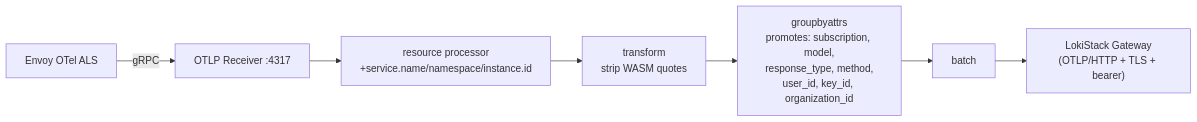
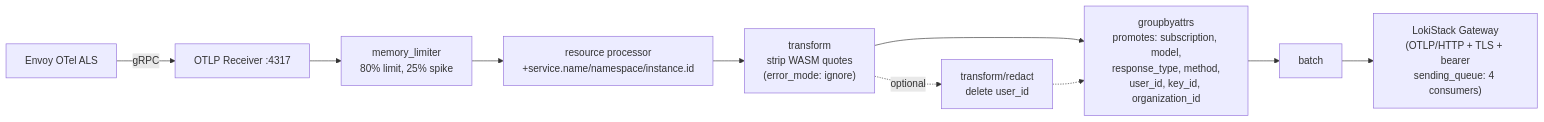
One commit to tgitelman/maas-billing changed the third of 4 diagrams in envoy-otel-structured-logs-plan.md. Above: the diagram before and after it, drawn with Mermaid. The commit also changed other lines of this file and 12 other files, not shown here.

````diff
--- a/envoy-otel-structured-logs-plan.md
+++ b/envoy-otel-structured-logs-plan.md
@@ -121,9 +127,12 @@
 ```mermaid
 flowchart LR
     envoyALS["Envoy OTel ALS"] -->|"gRPC"| otlpRecv["OTLP Receiver :4317"]
-    otlpRecv --> resourceProc["resource processor\n+service.name/namespace/instance.id"]
-    resourceProc --> transformProc["transform\nstrip WASM quotes"]
+    otlpRecv --> memLimiter["memory_limiter\n80% limit, 25% spike"]
+    memLimiter --> resourceProc["resource processor\n+service.name/namespace/instance.id"]
+    resourceProc --> transformProc["transform\nstrip WASM quotes\n(error_mode: ignore)"]
+    transformProc -.->|"optional"| redactProc["transform/redact\ndelete user_id"]
     transformProc --> groupbyProc["groupbyattrs\npromotes: subscription, model,\nresponse_type, method,\nuser_id, key_id, organization_id"]
+    redactProc -.-> groupbyProc
     groupbyProc --> batchProc["batch"]
-    batchProc --> lokiGw["LokiStack Gateway\n(OTLP/HTTP + TLS + bearer)"]
+    batchProc --> lokiGw["LokiStack Gateway\n(OTLP/HTTP + TLS + bearer\nsending_queue: 4 consumers)"]
 ```
````
